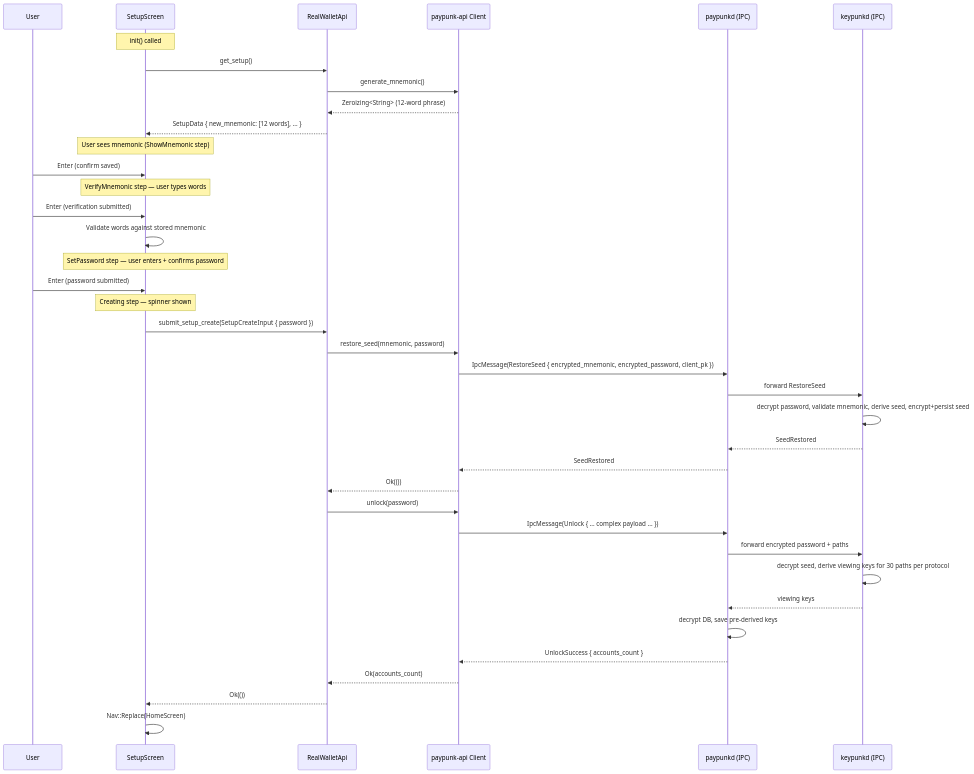
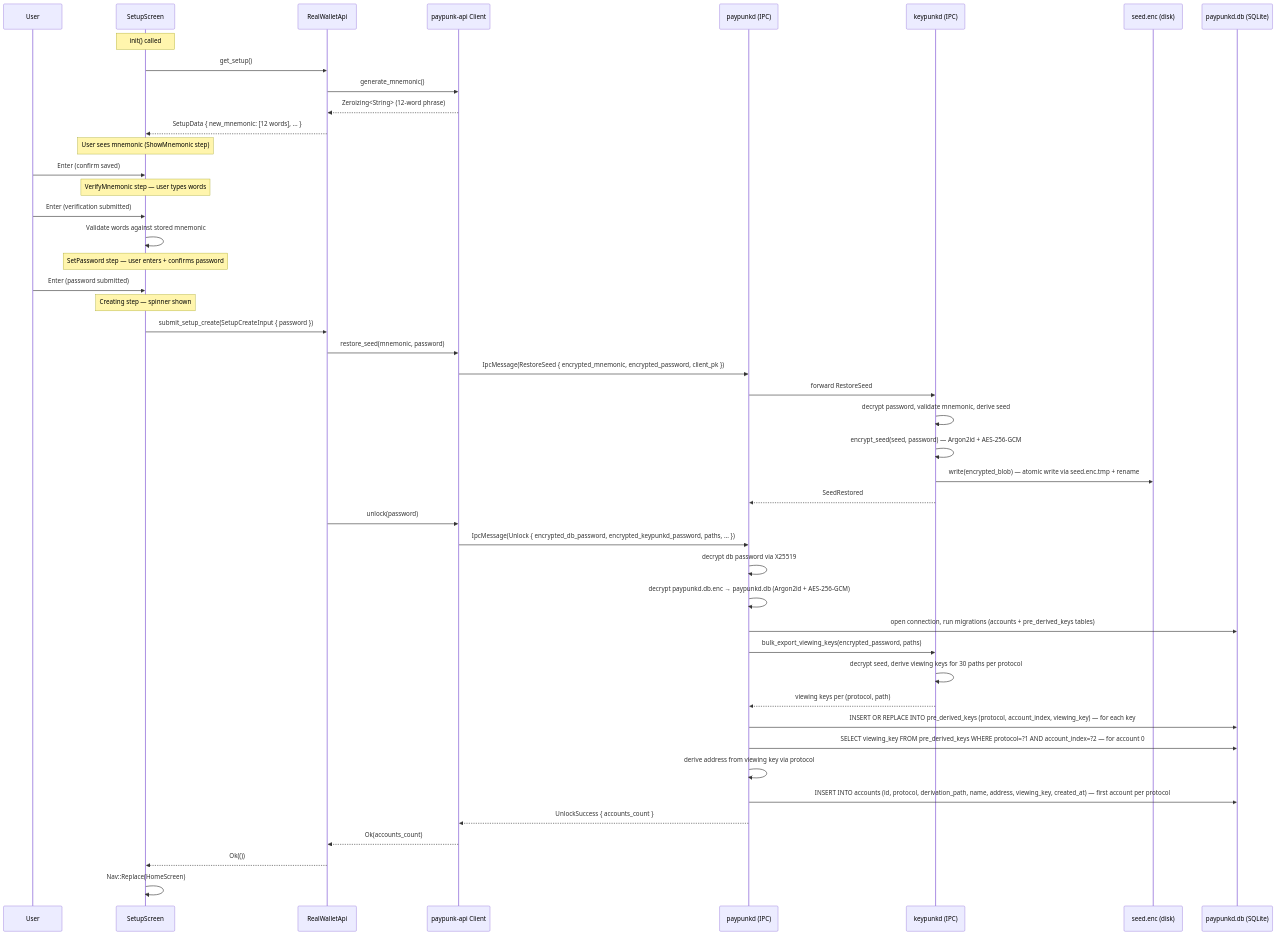
The first of 2 diagrams in tui/docs/usecases/01-setup.md (blockhackersio/paypunk), drawn with Mermaid before and after one commit. The commit also changed other lines of this file and 9 other files, not shown here.

````diff
--- a/tui/docs/usecases/01-setup.md
+++ b/tui/docs/usecases/01-setup.md
@@ -9,47 +9,56 @@
 ```mermaid
 sequenceDiagram
     participant U as User
     participant TUI as SetupScreen
     participant API as RealWalletApi
     participant Client as paypunk-api Client
     participant paypunkd as paypunkd (IPC)
     participant keypunkd as keypunkd (IPC)
+    participant SeedFile as seed.enc (disk)
+    participant SQLite as paypunkd.db (SQLite)
 
     Note over TUI: init() called
     TUI->>API: get_setup()
     API->>Client: generate_mnemonic()
     Client-->>API: Zeroizing<String> (12-word phrase)
     API-->>TUI: SetupData { new_mnemonic: [12 words], ... }
 
     Note over TUI: User sees mnemonic (ShowMnemonic step)
 
     U->>TUI: Enter (confirm saved)
     Note over TUI: VerifyMnemonic step — user types words #4, #8, #12
 
     U->>TUI: Enter (verification submitted)
     TUI->>TUI: Validate words against stored mnemonic
     Note over TUI: SetPassword step — user enters + confirms password
 
     U->>TUI: Enter (password submitted)
     Note over TUI: Creating step — spinner shown
 
     TUI->>API: submit_setup_create(SetupCreateInput { password })
     API->>Client: restore_seed(mnemonic, password)
     Client->>paypunkd: IpcMessage(RestoreSeed { encrypted_mnemonic, encrypted_password, client_pk })
     paypunkd->>keypunkd: forward RestoreSeed
-    keypunkd->>keypunkd: decrypt password, validate mnemonic, derive seed, encrypt+persist seed
+    keypunkd->>keypunkd: decrypt password, validate mnemonic, derive seed
+    keypunkd->>keypunkd: encrypt_seed(seed, password) — Argon2id + AES-256-GCM
+    keypunkd->>SeedFile: write(encrypted_blob) — atomic write via seed.enc.tmp + rename
     keypunkd-->>paypunkd: SeedRestored
-    paypunkd-->>Client: SeedRestored
-    Client-->>API: Ok(())
+
     API->>Client: unlock(password)
-    Client->>paypunkd: IpcMessage(Unlock { ... complex payload ... })
-    paypunkd->>keypunkd: forward encrypted password + paths
+    Client->>paypunkd: IpcMessage(Unlock { encrypted_db_password, encrypted_keypunkd_password, paths, ... })
+    paypunkd->>paypunkd: decrypt db password via X25519
+    paypunkd->>paypunkd: decrypt paypunkd.db.enc → paypunkd.db (Argon2id + AES-256-GCM)
+    paypunkd->>SQLite: open connection, run migrations (accounts + pre_derived_keys tables)
+    paypunkd->>keypunkd: bulk_export_viewing_keys(encrypted_password, paths)
     keypunkd->>keypunkd: decrypt seed, derive viewing keys for 30 paths per protocol
-    keypunkd-->>paypunkd: viewing keys
-    paypunkd->>paypunkd: decrypt DB, save pre-derived keys
+    keypunkd-->>paypunkd: viewing keys per (protocol, path)
+    paypunkd->>SQLite: INSERT OR REPLACE INTO pre_derived_keys (protocol, account_index, viewing_key) — for each key
+    paypunkd->>SQLite: SELECT viewing_key FROM pre_derived_keys WHERE protocol=?1 AND account_index=?2 — for account 0
+    paypunkd->>paypunkd: derive address from viewing key via protocol
+    paypunkd->>SQLite: INSERT INTO accounts (id, protocol, derivation_path, name, address, viewing_key, created_at) — first account per protocol
     paypunkd-->>Client: UnlockSuccess { accounts_count }
     Client-->>API: Ok(accounts_count)
     API-->>TUI: Ok(())
 
     TUI->>TUI: Nav::Replace(HomeScreen)
 ```
````
